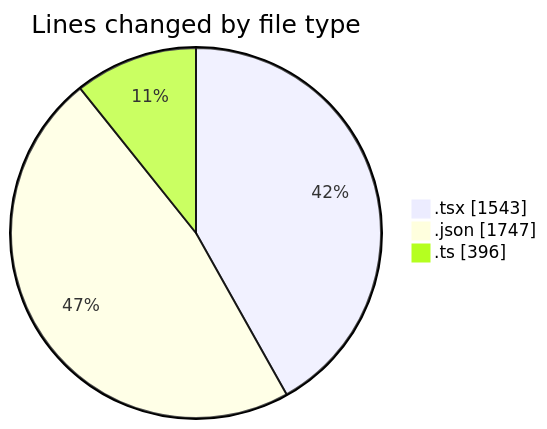
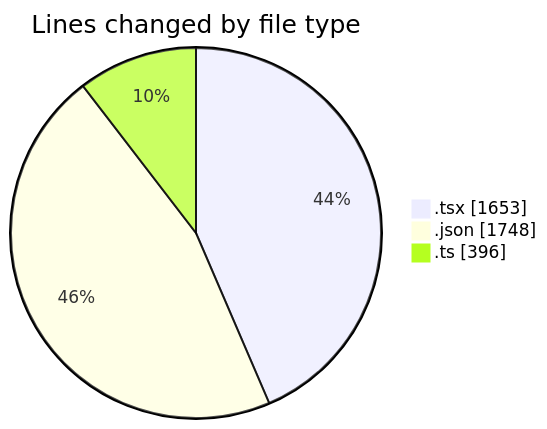
One commit to julien-gomy/code-tracking changed the first of 2 diagrams in 2025-10-30/eventscop-frontend-guide__workspace_/README.md. Above: the diagram before and after it, drawn with Mermaid. The commit also changed other lines of this file and 1 other file, not shown here.

````diff
--- a/2025-10-30/eventscop-frontend-guide__workspace_/README.md
+++ b/2025-10-30/eventscop-frontend-guide__workspace_/README.md
@@ -32,7 +34,7 @@
 ```mermaid
 pie showData
 title Lines changed by file type
-".tsx" : 1543
-".json" : 1747
+".tsx" : 1653
+".json" : 1748
 ".ts" : 396
 ```
````
